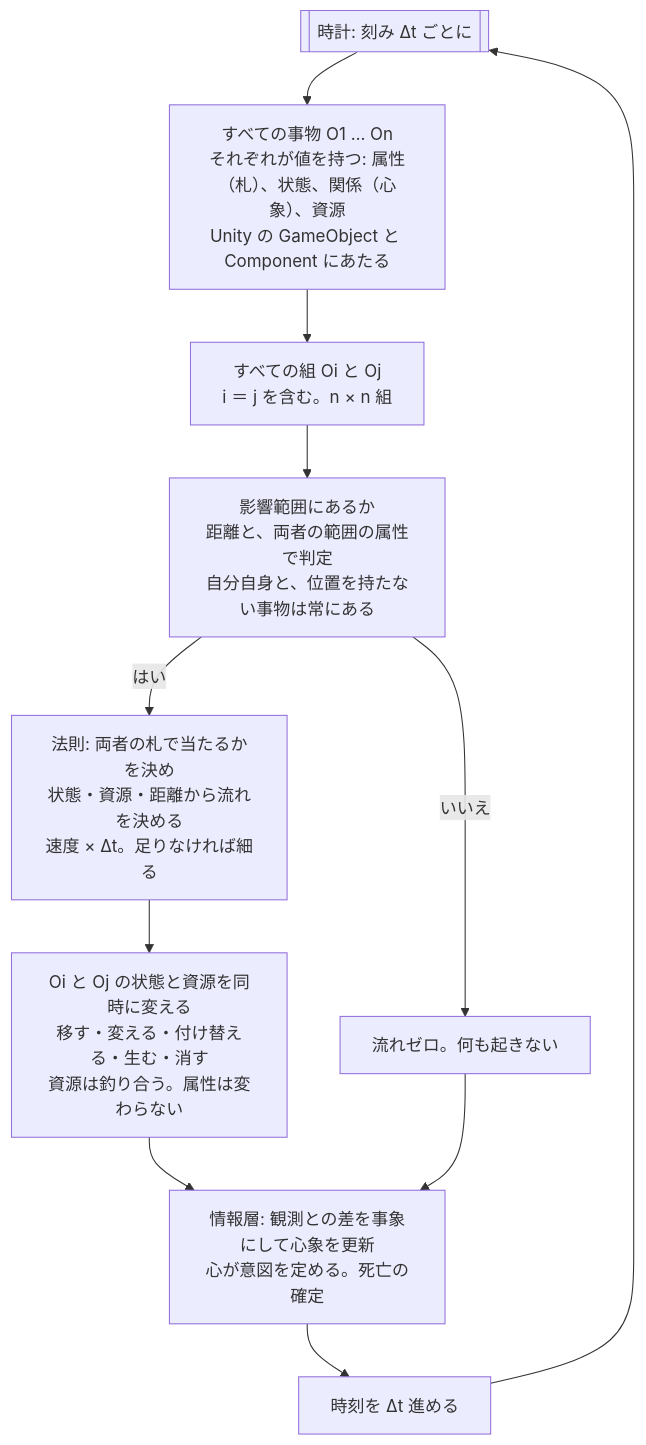
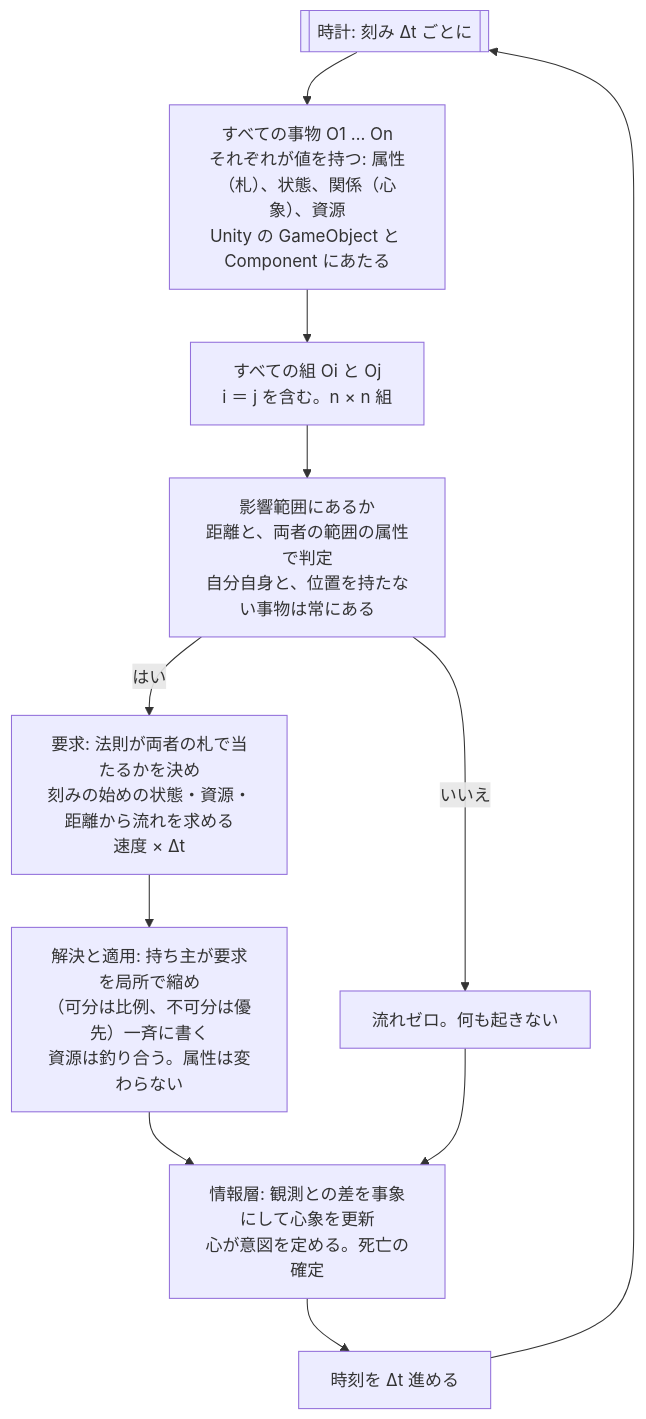
Before and after one commit to demerzel09/Medieval-Simulator: the first of 3 diagrams in docs/DESIGN.md, drawn with Mermaid. The commit also changed other lines of this file and 8 other files, not shown here.

````diff
--- a/docs/DESIGN.md
+++ b/docs/DESIGN.md
@@ -47,13 +47,13 @@
 ```mermaid
 flowchart TD
   C[["時計: 刻み Δt ごとに"]] --> O["すべての事物 O1 … On<br/>それぞれが値を持つ: 属性（札）、状態、関係（心象）、資源<br/>Unity の GameObject と Component にあたる"]
   O --> P["すべての組 Oi と Oj<br/>i ＝ j を含む。n × n 組"]
   P --> S["影響範囲にあるか<br/>距離と、両者の範囲の属性で判定<br/>自分自身と、位置を持たない事物は常にある"]
   S -->|"いいえ"| Z["流れゼロ。何も起きない"]
-  S -->|"はい"| L["法則: 両者の札で当たるかを決め<br/>状態・資源・距離から流れを決める<br/>速度 × Δt。足りなければ細る"]
-  L --> F["Oi と Oj の状態と資源を同時に変える<br/>移す・変える・付け替える・生む・消す<br/>資源は釣り合う。属性は変わらない"]
+  S -->|"はい"| L["要求: 法則が両者の札で当たるかを決め<br/>刻みの始めの状態・資源・距離から流れを求める<br/>速度 × Δt"]
+  L --> F["解決と適用: 持ち主が要求を局所で縮め<br/>（可分は比例、不可分は優先）一斉に書く<br/>資源は釣り合う。属性は変わらない"]
   F --> I["情報層: 観測との差を事象にして心象を更新<br/>心が意図を定める。死亡の確定"]
   Z --> I
   I --> T["時刻を Δt 進める"]
   T --> C
 ```
````
